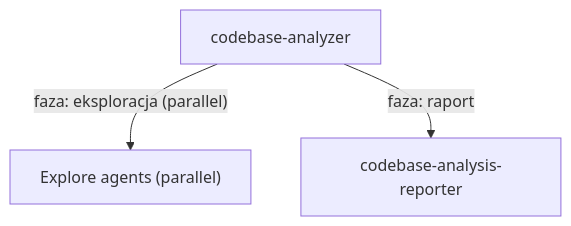
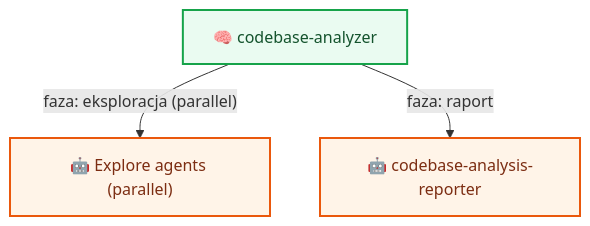
The eighth of 10 diagrams in docs/flow/workflows.md (plucins/flowbit), drawn with Mermaid before and after one commit. The commit also changed other lines of this file and 1 other file, not shown here.

Commit message:
Enhance mermaid diagrams with icons and improved formatting in overview and workflows documentation

````diff
--- a/docs/flow/workflows.md
+++ b/docs/flow/workflows.md
@@ -153,5 +192,10 @@
 ```mermaid
 graph TD
-  CODEBASE_S["codebase-analyzer"] -- "faza: eksploracja (parallel)" --> EXPLORE["Explore agents (parallel)"]
-  CODEBASE_S -- "faza: raport" --> REPORT["codebase-analysis-reporter"]
+  CODEBASE_S["🧠 codebase-analyzer"] -- "faza: eksploracja (parallel)" --> EXPLORE["🤖 Explore agents (parallel)"]
+  CODEBASE_S -- "faza: raport" --> REPORT["🤖 codebase-analysis-reporter"]
+
+  classDef skill fill:#EAFBF1,stroke:#16A34A,stroke-width:2px,color:#14532D;
+  classDef agent fill:#FFF4E8,stroke:#EA580C,stroke-width:2px,color:#7C2D12;
+  class CODEBASE_S skill;
+  class EXPLORE,REPORT agent;
 ```
````
